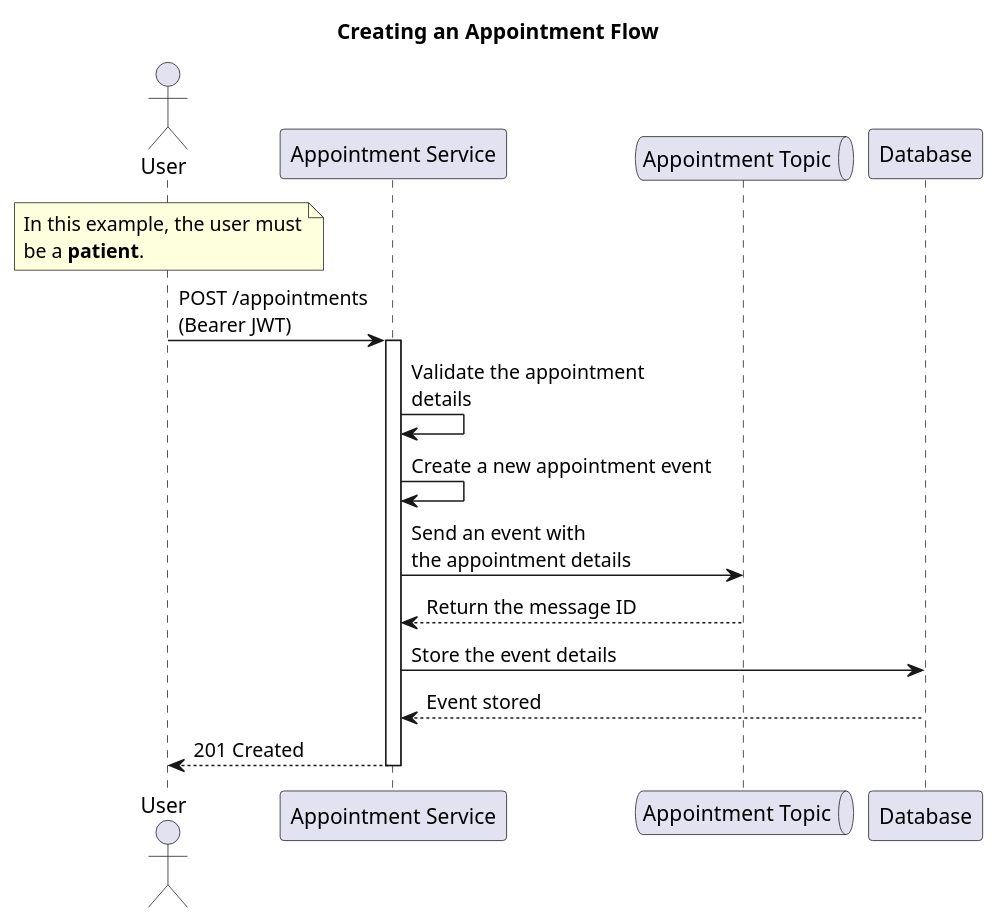
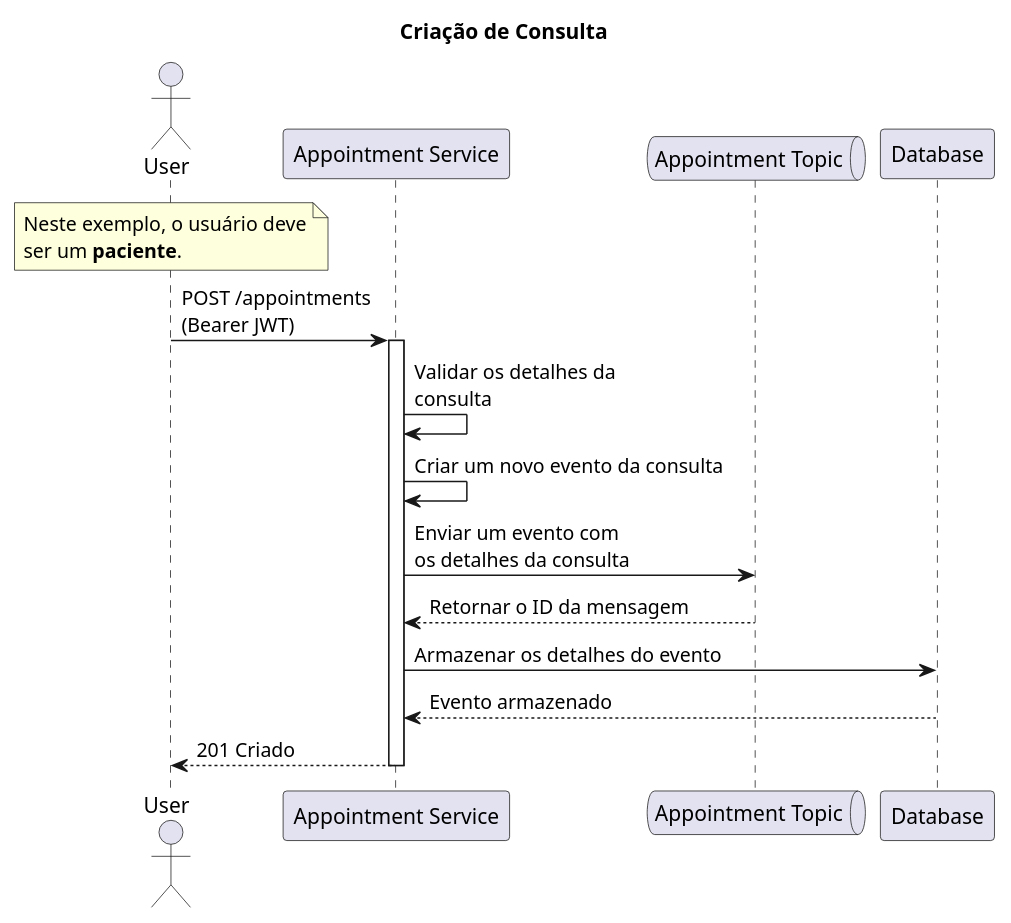
One commit to jfelipearaujo-healthmed/appointment-service changed the diagram in docs/create_appointment.puml. Above: the diagram before and after it, drawn with PlantUML. The commit also changed 20 other files, not shown here.

```diff
--- a/docs/create_appointment.puml
+++ b/docs/create_appointment.puml
@@ -1,27 +1,27 @@
 @startuml create_appointment
 
-title Creating an Appointment Flow
+title Criação de Consulta
 
 actor "User" as user
 participant "Appointment Service" as appointment_service
 queue "Appointment Topic" as topic
 participant "Database" as database
 
 note over user
-In this example, the user must
-be a **patient**.
+Neste exemplo, o usuário deve
+ser um **paciente**.
 end note
 
 user -> appointment_service: POST /appointments\n(Bearer JWT)
 
 activate appointment_service
-appointment_service -> appointment_service: Validate the appointment\ndetails
-appointment_service -> appointment_service: Create a new appointment event
-appointment_service -> topic: Send an event with\nthe appointment details
-topic --> appointment_service: Return the message ID
-appointment_service -> database: Store the event details
-database --> appointment_service: Event stored
-appointment_service --> user: 201 Created
+appointment_service -> appointment_service: Validar os detalhes da\nconsulta
+appointment_service -> appointment_service: Criar um novo evento da consulta
+appointment_service -> topic: Enviar um evento com\nos detalhes da consulta
+topic --> appointment_service: Retornar o ID da mensagem
+appointment_service -> database: Armazenar os detalhes do evento
+database --> appointment_service: Evento armazenado
+appointment_service --> user: 201 Criado
 deactivate appointment_service
 
 @enduml
```
